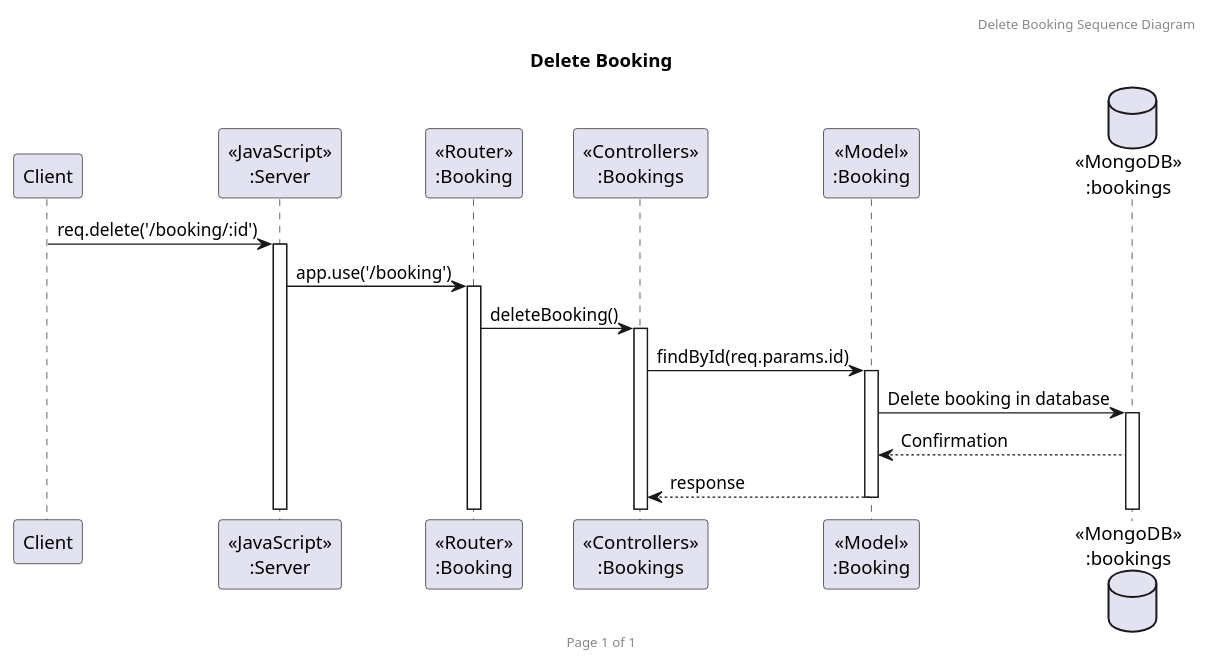
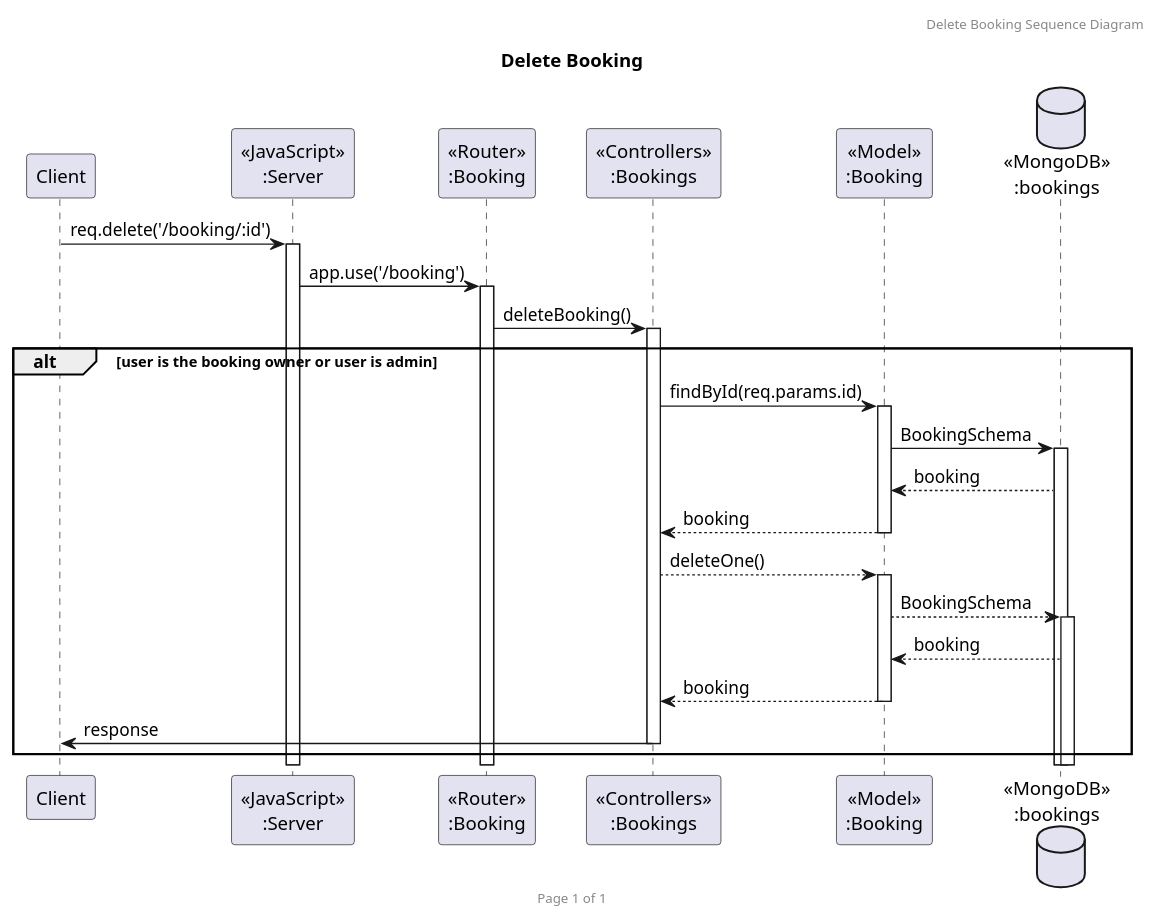
The diagram in diagram/sequence/booking/deleteBooking.puml (2110503TACEDT66/presentation-day-1-laeo-tae-loei), drawn with PlantUML before and after one commit. The commit also changed 3 other files, not shown here.

Commit message:
booking sequence diagram

```diff
--- a/diagram/sequence/booking/deleteBooking.puml
+++ b/diagram/sequence/booking/deleteBooking.puml
@@ -1,22 +1,29 @@
 @startuml Delete Booking
 
 header Delete Booking Sequence Diagram
 footer Page %page% of %lastpage%
 title "Delete Booking"
 
 participant "Client" as client
 participant "<<JavaScript>>\n:Server" as server
 participant "<<Router>>\n:Booking" as routerBookings
 participant "<<Controllers>>\n:Bookings" as controllersBookings
 participant "<<Model>>\n:Booking" as modelBooking
 database "<<MongoDB>>\n:bookings" as BookingsDatabase
 
 client -> server ++:req.delete('/booking/:id')
 server -> routerBookings ++:app.use('/booking')
 routerBookings -> controllersBookings ++:deleteBooking()
-controllersBookings -> modelBooking ++:findById(req.params.id)
-modelBooking -> BookingsDatabase ++: Delete booking in database
-BookingsDatabase --> modelBooking: Confirmation
-controllersBookings <-- modelBooking --: response
+alt user is the booking owner or user is admin
+    controllersBookings -> modelBooking ++:findById(req.params.id)
+    modelBooking -> BookingsDatabase ++: BookingSchema
+    BookingsDatabase --> modelBooking: booking
+    controllersBookings <-- modelBooking --: booking
+    controllersBookings --> modelBooking ++:deleteOne()
+    modelBooking --> BookingsDatabase ++: BookingSchema
+    BookingsDatabase --> modelBooking: booking
+    controllersBookings <-- modelBooking --: booking
+    controllersBookings -> client --: response
+end
 
 @enduml
```
